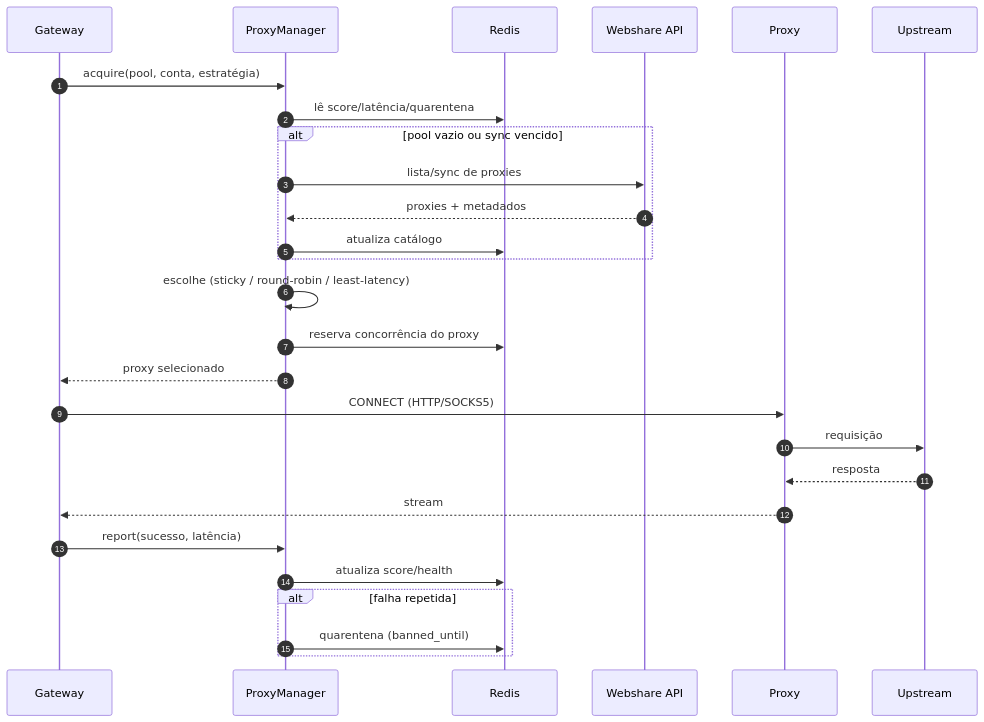
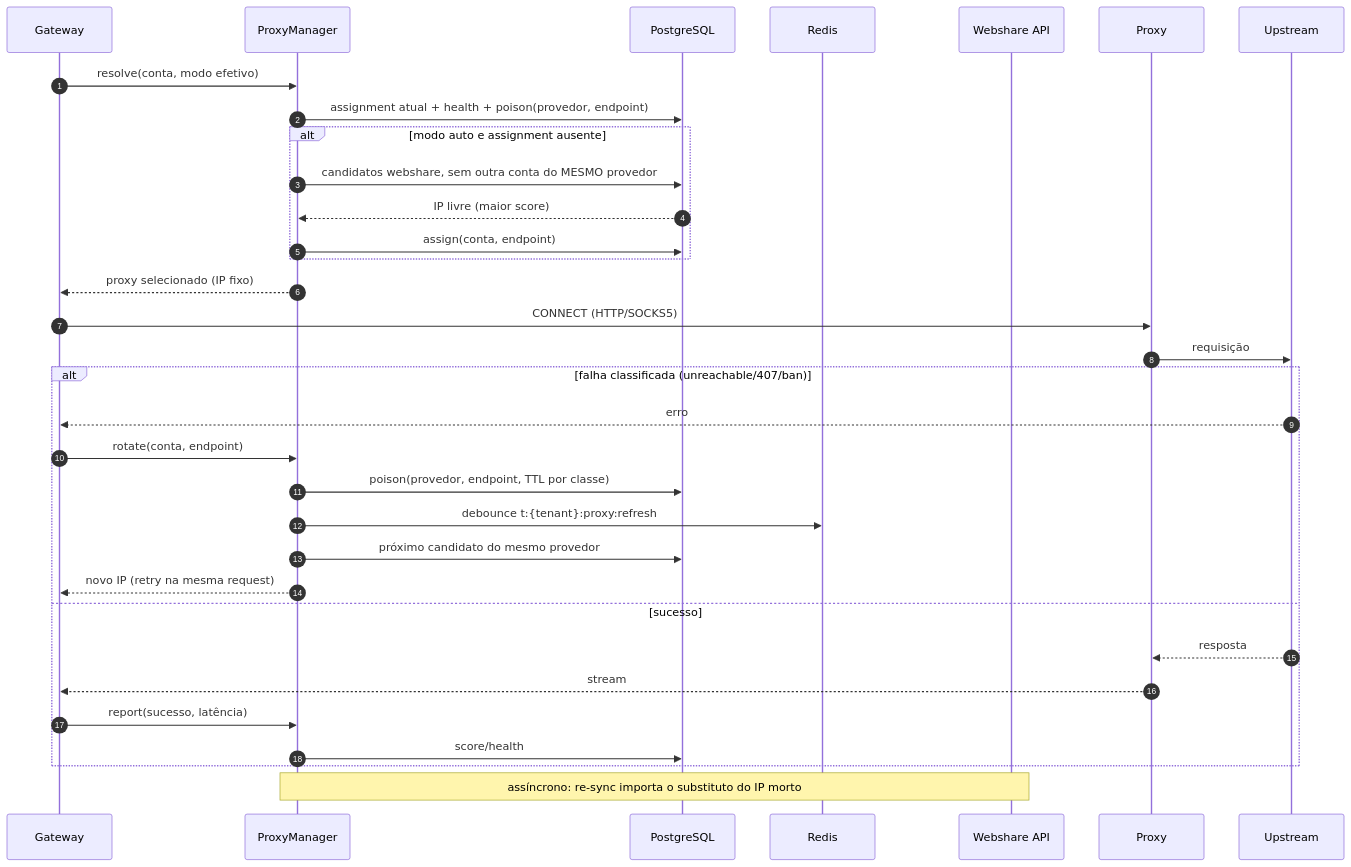
The fifth of 12 diagrams in docs/03-UML.md (alltomatos/dontstop), drawn with Mermaid before and after one commit. The commit also changed other lines of this file and 161 other files, not shown here.

````diff
--- a/docs/03-UML.md
+++ b/docs/03-UML.md
@@ -191,30 +191,36 @@
 ```mermaid
 sequenceDiagram
     autonumber
     participant G as Gateway
     participant PM as ProxyManager
+    participant DB as PostgreSQL
     participant R as Redis
     participant W as Webshare API
     participant X as Proxy
     participant U as Upstream
 
-    G->>PM: acquire(pool, conta, estratégia)
-    PM->>R: lê score/latência/quarentena
-    alt pool vazio ou sync vencido
-        PM->>W: lista/sync de proxies
-        W-->>PM: proxies + metadados
-        PM->>R: atualiza catálogo
+    G->>PM: resolve(conta, modo efetivo)
+    PM->>DB: assignment atual + health + poison(provedor, endpoint)
+    alt modo auto e assignment ausente
+        PM->>DB: candidatos webshare, sem outra conta do MESMO provedor
+        DB-->>PM: IP livre (maior score)
+        PM->>DB: assign(conta, endpoint)
     end
-    PM->>PM: escolhe (sticky / round-robin / least-latency)
-    PM->>R: reserva concorrência do proxy
-    PM-->>G: proxy selecionado
+    PM-->>G: proxy selecionado (IP fixo)
     G->>X: CONNECT (HTTP/SOCKS5)
     X->>U: requisição
-    U-->>X: resposta
-    X-->>G: stream
-    G->>PM: report(sucesso, latência)
-    PM->>R: atualiza score/health
-    alt falha repetida
-        PM->>R: quarentena (banned_until)
+    alt falha classificada (unreachable/407/ban)
+        U-->>G: erro
+        G->>PM: rotate(conta, endpoint)
+        PM->>DB: poison(provedor, endpoint, TTL por classe)
+        PM->>R: debounce t:{tenant}:proxy:refresh
+        PM->>DB: próximo candidato do mesmo provedor
+        PM-->>G: novo IP (retry na mesma request)
+    else sucesso
+        U-->>X: resposta
+        X-->>G: stream
+        G->>PM: report(sucesso, latência)
+        PM->>DB: score/health
     end
+    Note over PM,W: assíncrono: re-sync importa o substituto do IP morto
 ```
````
